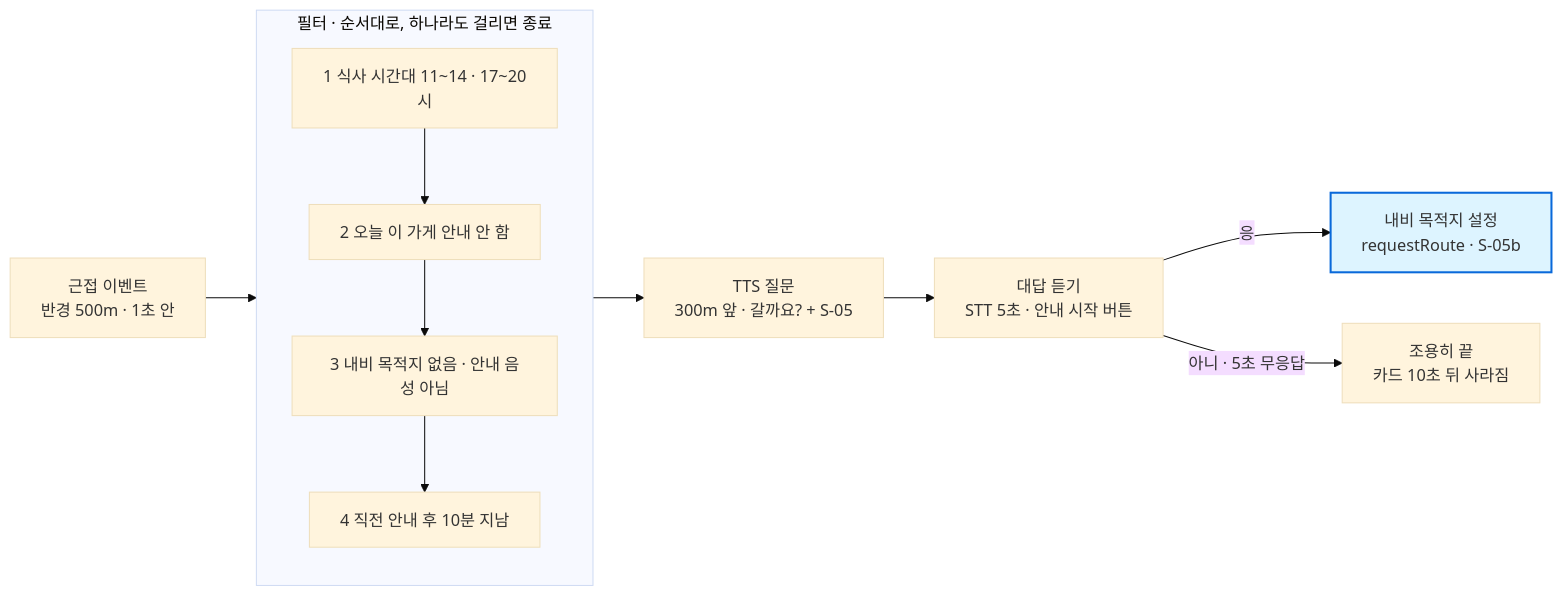
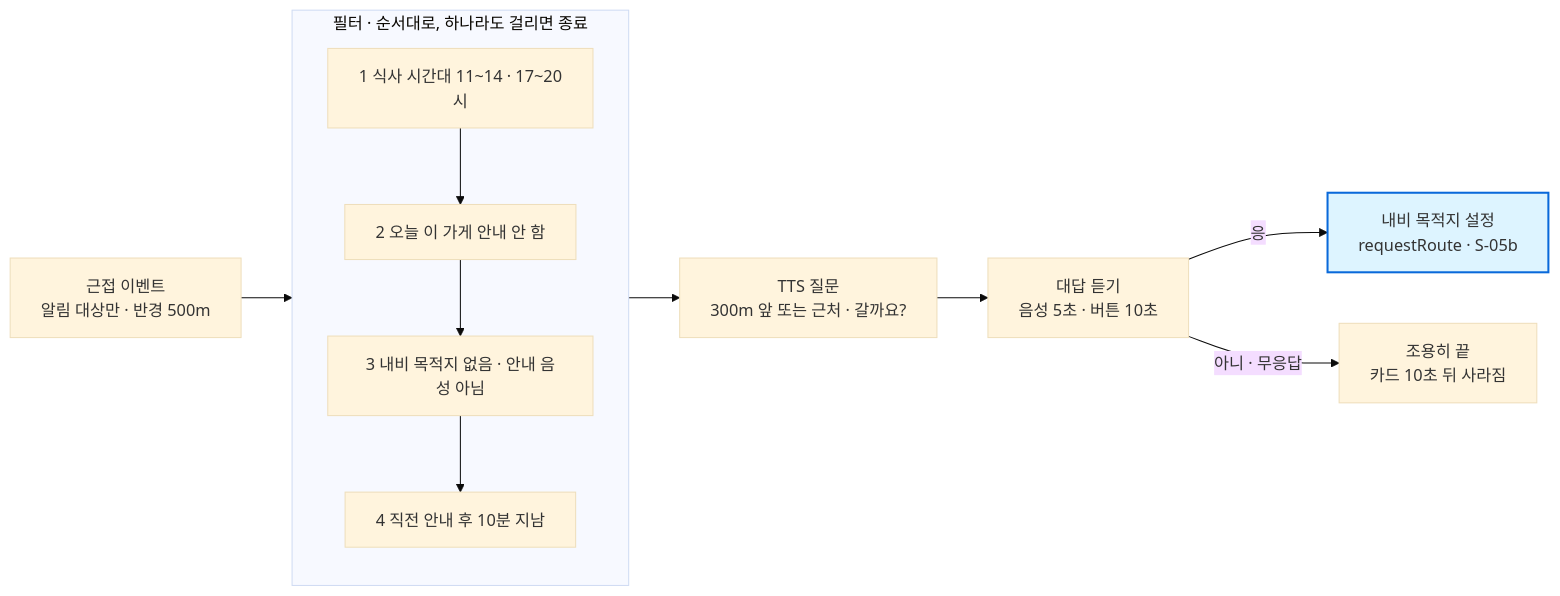
The third of 3 diagrams in docs/03_기술서.md (easycd/Hyundai_Pleos_App_Competition), drawn with Mermaid (base theme) before and after one commit. The commit also changed other lines of this file and 47 other files, not shown here.

````diff
--- a/docs/03_기술서.md
+++ b/docs/03_기술서.md
@@ -243,12 +261,12 @@
 ```mermaid
 flowchart LR
-  E["근접 이벤트<br/>반경 500m · 1초 안"] --> F
+  E["근접 이벤트<br/>알림 대상만 · 반경 500m"] --> F
   subgraph F["필터 · 순서대로, 하나라도 걸리면 종료"]
     direction TB
     f1["1 식사 시간대 11~14 · 17~20시"] --> f2["2 오늘 이 가게 안내 안 함"] --> f3["3 내비 목적지 없음 · 안내 음성 아님"] --> f4["4 직전 안내 후 10분 지남"]
   end
-  F --> T["TTS 질문<br/>300m 앞 · 갈까요? + S-05"] --> A["대답 듣기<br/>STT 5초 · 안내 시작 버튼"]
+  F --> T["TTS 질문<br/>300m 앞 또는 근처 · 갈까요?"] --> A["대답 듣기<br/>음성 5초 · 버튼 10초"]
   A -- "응" --> G["내비 목적지 설정<br/>requestRoute · S-05b"]
-  A -- "아니 · 5초 무응답" --> Q["조용히 끝<br/>카드 10초 뒤 사라짐"]
+  A -- "아니 · 무응답" --> Q["조용히 끝<br/>카드 10초 뒤 사라짐"]
   style G fill:#ddf4ff,stroke:#0969da,stroke-width:2px
 ```
````
